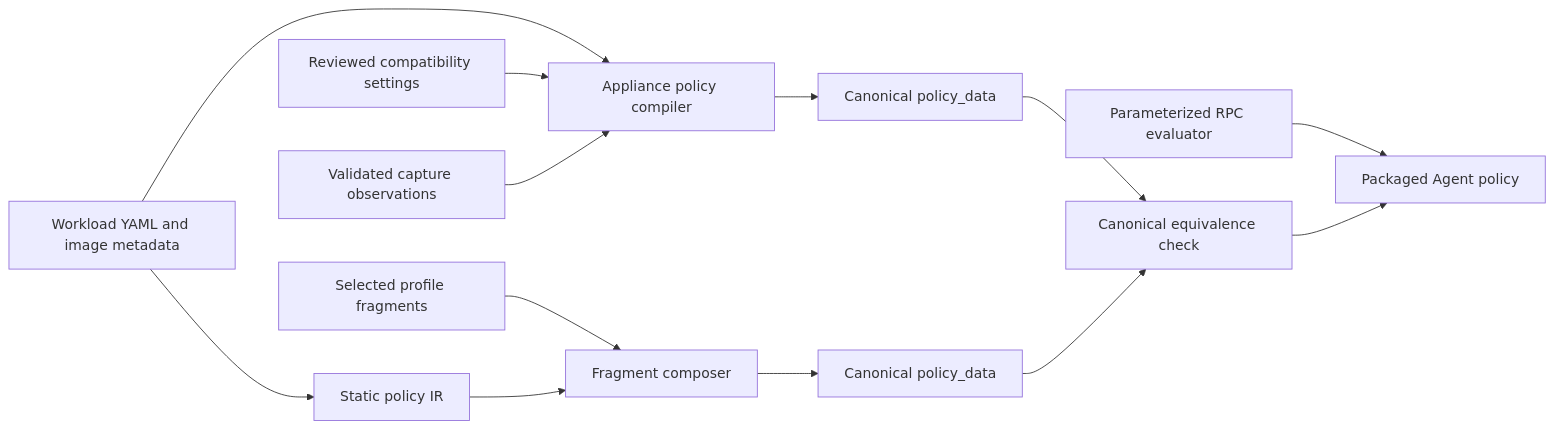
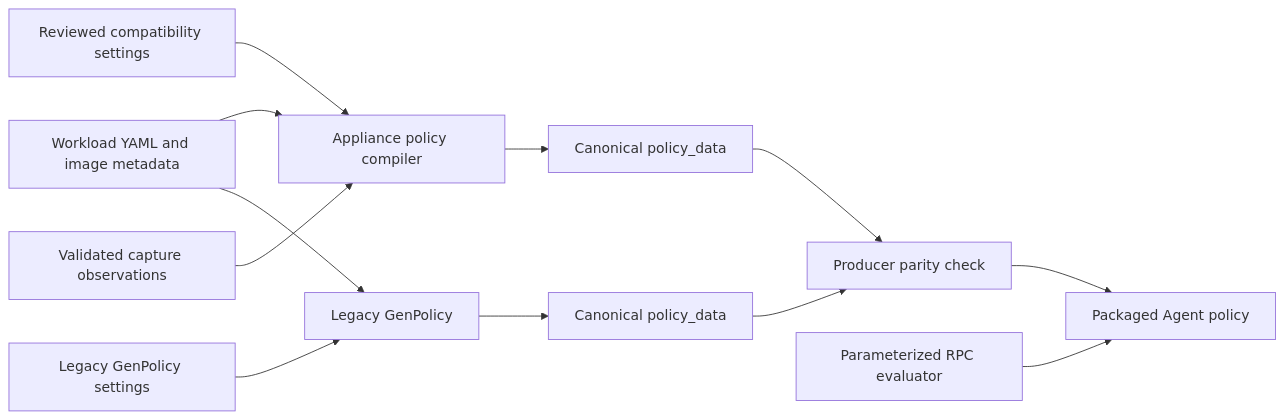
Before and after one commit to bodzhang/kata-containers: the diagram in src/tools/genpolicy/appliance/EVALUATOR_OPERAND_MIGRATION.md, drawn with Mermaid. The commit also changed other lines of this file and 1 other file, not shown here.

````diff
--- a/src/tools/genpolicy/appliance/EVALUATOR_OPERAND_MIGRATION.md
+++ b/src/tools/genpolicy/appliance/EVALUATOR_OPERAND_MIGRATION.md
@@ -49,15 +43,14 @@
 ```mermaid
 flowchart LR
     Y[Workload YAML and image metadata] --> PC[Appliance policy compiler]
     C[Reviewed compatibility settings] --> PC
     O[Validated capture observations] --> PC
-    Y --> IR[Static policy IR]
-    F[Selected profile fragments] --> FC[Fragment composer]
-    IR --> FC
+    S[Legacy GenPolicy settings] --> LG[Legacy GenPolicy]
+    Y --> LG
     PC --> PD1[Canonical policy_data]
-    FC --> PD2[Canonical policy_data]
-    PD1 --> EQ[Canonical equivalence check]
+    LG --> PD2[Canonical policy_data]
+    PD1 --> EQ[Producer parity check]
     PD2 --> EQ
     E[Parameterized RPC evaluator] --> PKG[Packaged Agent policy]
     EQ --> PKG
 ```
````
